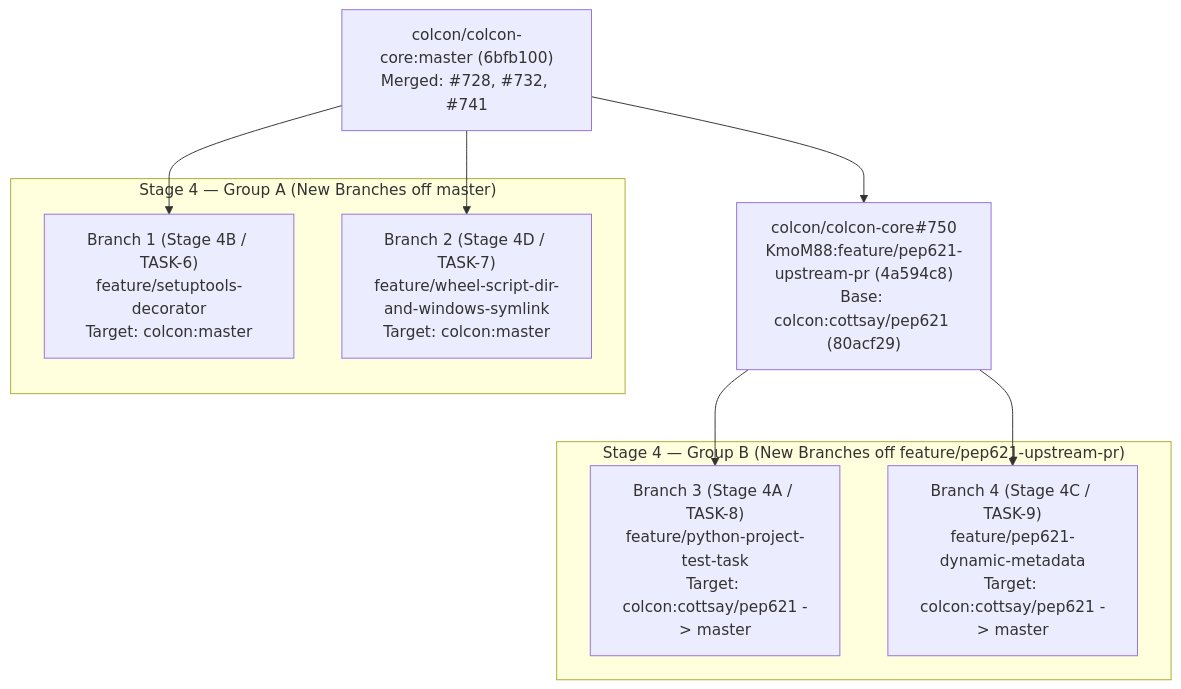
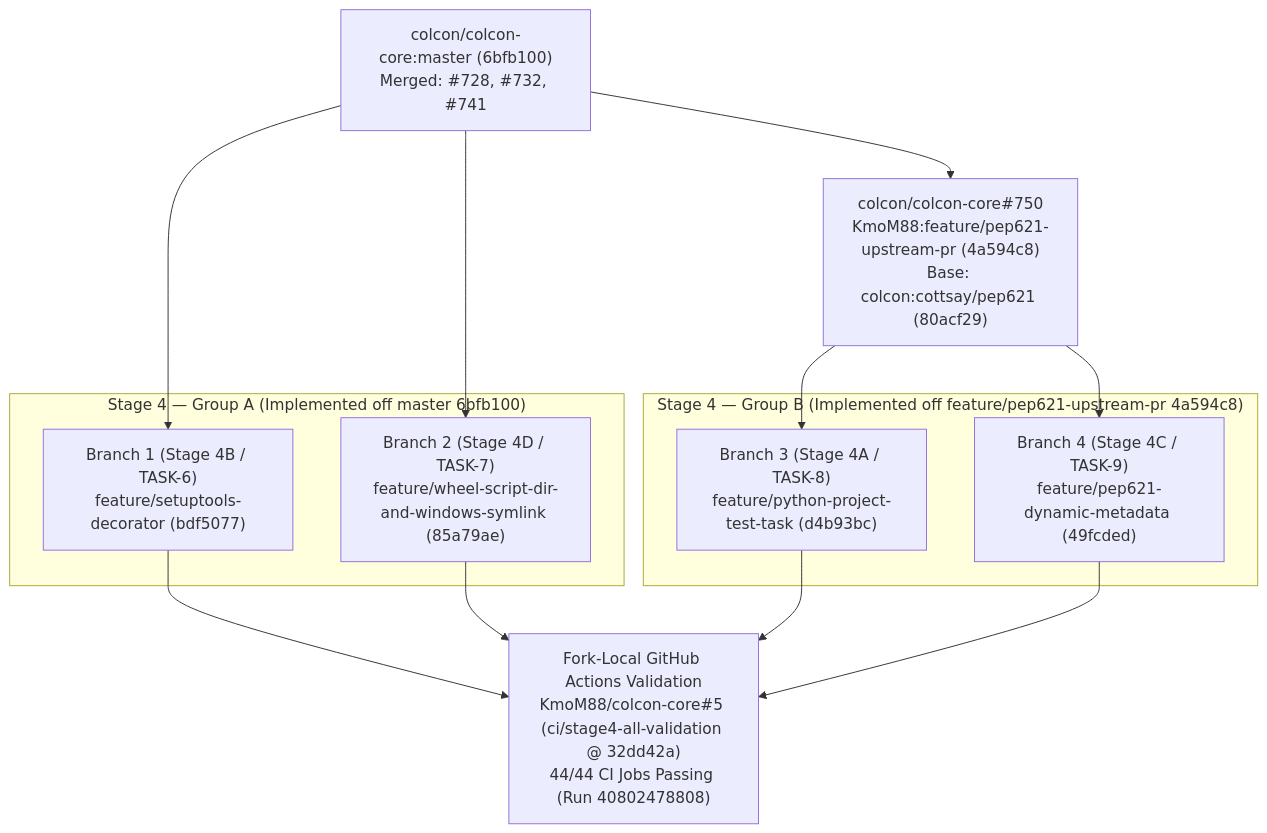
The diagram in docs/plans/stage4_branch_plan.md (KmoM88/colcon-roadmap), drawn with Mermaid before and after one commit. The commit also changed other lines of this file and 7 other files, not shown here.

Commit message:
Document Stage 4 fork branches, 44/44 fork CI validation PR #5, and sync results Gist

````diff
--- a/docs/plans/stage4_branch_plan.md
+++ b/docs/plans/stage4_branch_plan.md
@@ -14,21 +17,27 @@
 ```mermaid
 flowchart TD
     M["colcon/colcon-core:master (6bfb100)<br/>Merged: #728, #732, #741"]
     P750["colcon/colcon-core#750<br/>KmoM88:feature/pep621-upstream-pr (4a594c8)<br/>Base: colcon:cottsay/pep621 (80acf29)"]
 
-    subgraph GA["Stage 4 — Group A (New Branches off master)"]
-        GA1["Branch 1 (Stage 4B / TASK-6)<br/>feature/setuptools-decorator<br/>Target: colcon:master"]
-        GA2["Branch 2 (Stage 4D / TASK-7)<br/>feature/wheel-script-dir-and-windows-symlink<br/>Target: colcon:master"]
+    subgraph GA["Stage 4 — Group A (Implemented off master 6bfb100)"]
+        GA1["Branch 1 (Stage 4B / TASK-6)<br/>feature/setuptools-decorator (bdf5077)"]
+        GA2["Branch 2 (Stage 4D / TASK-7)<br/>feature/wheel-script-dir-and-windows-symlink (85a79ae)"]
     end
 
-    subgraph GB["Stage 4 — Group B (New Branches off feature/pep621-upstream-pr)"]
-        GB1["Branch 3 (Stage 4A / TASK-8)<br/>feature/python-project-test-task<br/>Target: colcon:cottsay/pep621 -> master"]
-        GB2["Branch 4 (Stage 4C / TASK-9)<br/>feature/pep621-dynamic-metadata<br/>Target: colcon:cottsay/pep621 -> master"]
+    subgraph GB["Stage 4 — Group B (Implemented off feature/pep621-upstream-pr 4a594c8)"]
+        GB1["Branch 3 (Stage 4A / TASK-8)<br/>feature/python-project-test-task (d4b93bc)"]
+        GB2["Branch 4 (Stage 4C / TASK-9)<br/>feature/pep621-dynamic-metadata (49fcded)"]
     end
+
+    CI["Fork-Local GitHub Actions Validation<br/>KmoM88/colcon-core#5 (ci/stage4-all-validation @ 32dd42a)<br/>44/44 CI Jobs Passing (Run 40802478808)"]
 
     M --> GA1
     M --> GA2
     M --> P750
     P750 --> GB1
     P750 --> GB2
+    GA1 --> CI
+    GA2 --> CI
+    GB1 --> CI
+    GB2 --> CI
 ```
````
